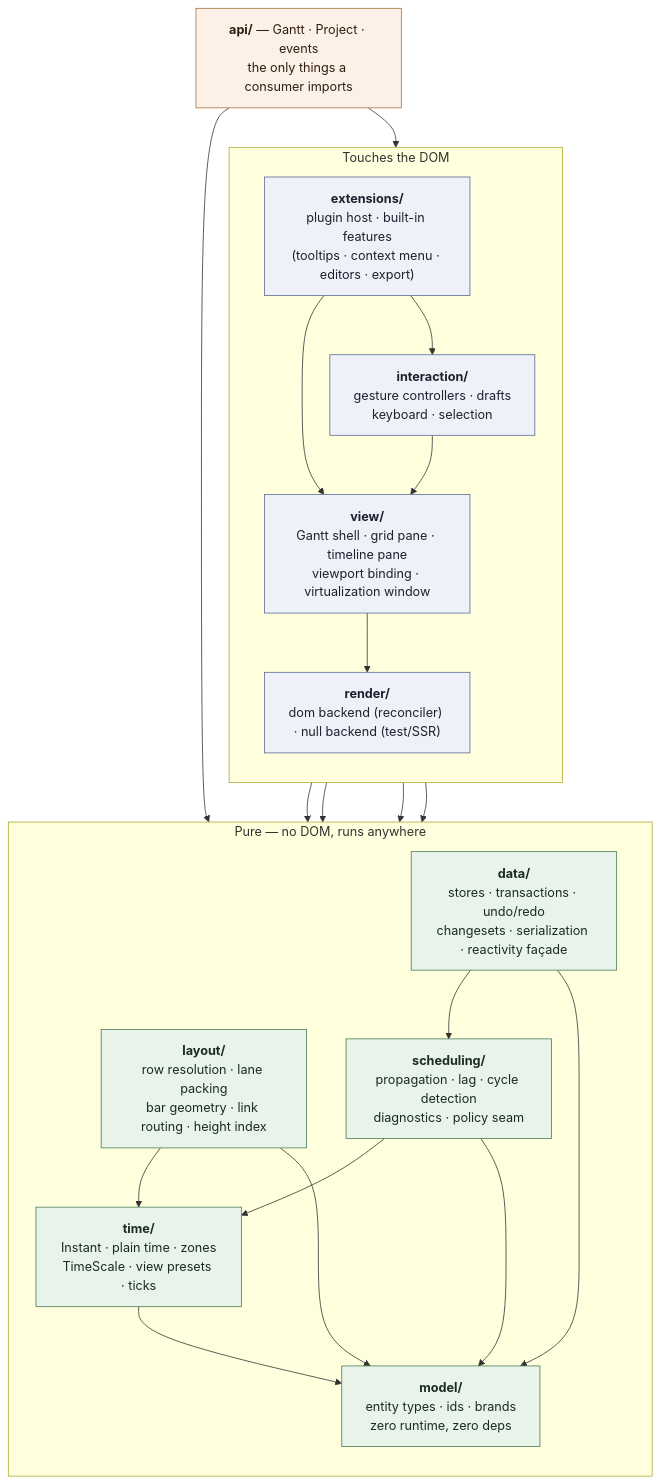
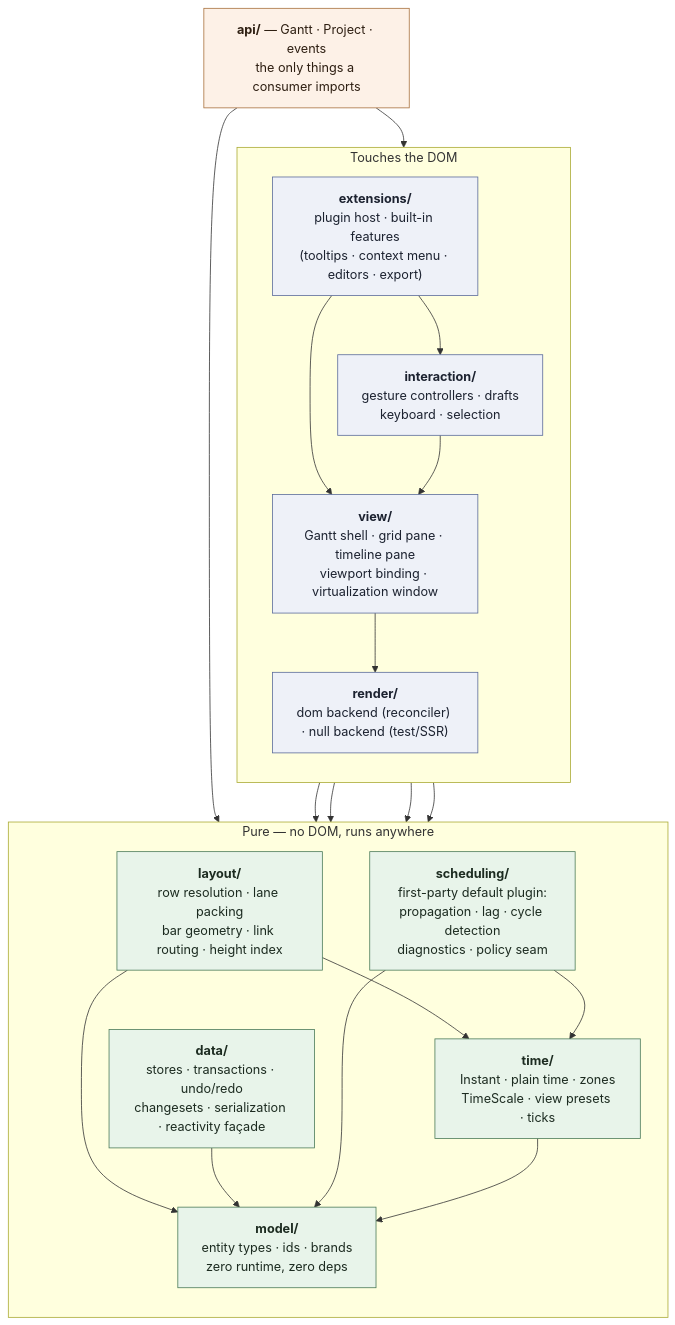
One commit to freegantt/freegantt changed the first of 6 diagrams in plans/01-domain-architecture.md. Above: the diagram before and after it, drawn with Mermaid. The commit also changed other lines of this file and 9 other files, not shown here.

First line of the commit message:
Scheduling is a plugin, not a core layer (#18)

````diff
--- a/plans/01-domain-architecture.md
+++ b/plans/01-domain-architecture.md
@@ -11,46 +11,45 @@
 ```mermaid
 flowchart TB
   subgraph domside["Touches the DOM"]
     direction TB
     EXT["<b>extensions/</b><br/>plugin host · built-in features<br/>(tooltips · context menu · editors · export)"]
     INT["<b>interaction/</b><br/>gesture controllers · drafts<br/>keyboard · selection"]
     VIEW["<b>view/</b><br/>Gantt shell · grid pane · timeline pane<br/>viewport binding · virtualization window"]
     REN["<b>render/</b><br/>dom backend (reconciler) · null backend (test/SSR)"]
   end
 
   subgraph pureside["Pure — no DOM, runs anywhere"]
     direction TB
     LAY["<b>layout/</b><br/>row resolution · lane packing<br/>bar geometry · link routing · height index"]
-    SCH["<b>scheduling/</b><br/>propagation · lag · cycle detection<br/>diagnostics · policy seam"]
+    SCH["<b>scheduling/</b><br/>first-party default plugin:<br/>propagation · lag · cycle detection<br/>diagnostics · policy seam"]
     DATA["<b>data/</b><br/>stores · transactions · undo/redo<br/>changesets · serialization · reactivity façade"]
     TIME["<b>time/</b><br/>Instant · plain time · zones<br/>TimeScale · view presets · ticks"]
     MODEL["<b>model/</b><br/>entity types · ids · brands<br/>zero runtime, zero deps"]
   end
 
   API["<b>api/</b> — Gantt · Project · events<br/>the only things a consumer imports"]
 
   API --> VIEW
   API --> DATA
   EXT --> VIEW
   EXT --> INT
   INT --> VIEW
   INT --> DATA
   VIEW --> REN
   VIEW --> LAY
   VIEW --> DATA
   REN --> LAY
   LAY --> TIME
   LAY --> MODEL
-  DATA --> SCH
   DATA --> MODEL
   SCH --> TIME
   SCH --> MODEL
   TIME --> MODEL
 
   classDef pure fill:#e8f4ea,stroke:#4a7a58,color:#1c2b20
   classDef dom fill:#eef1f8,stroke:#5a6a9a,color:#1c2230
   classDef apic fill:#fdf1e7,stroke:#a8703c,color:#2e1f12
   class MODEL,TIME,DATA,SCH,LAY pure
   class EXT,INT,VIEW,REN dom
   class API apic
 ```
````
